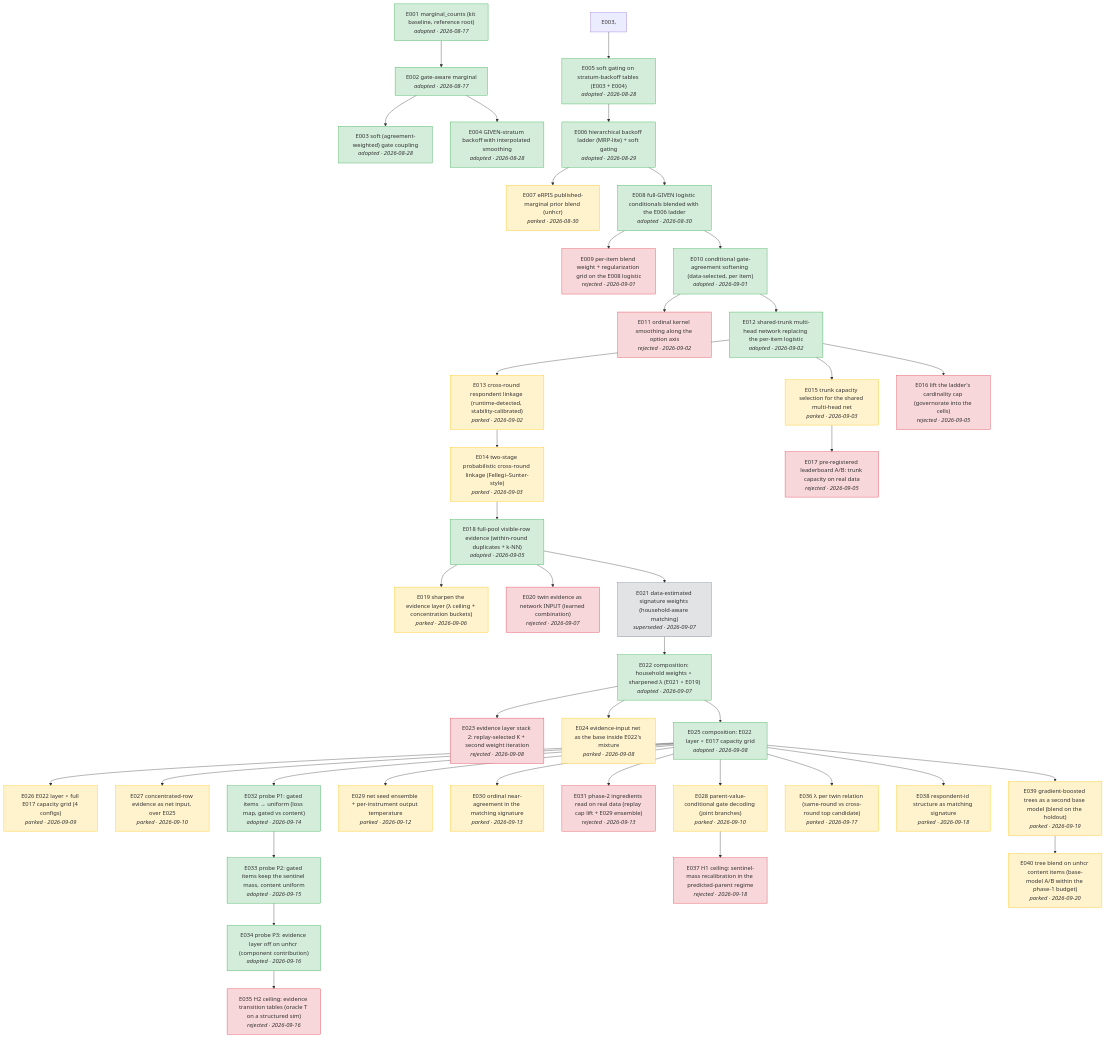
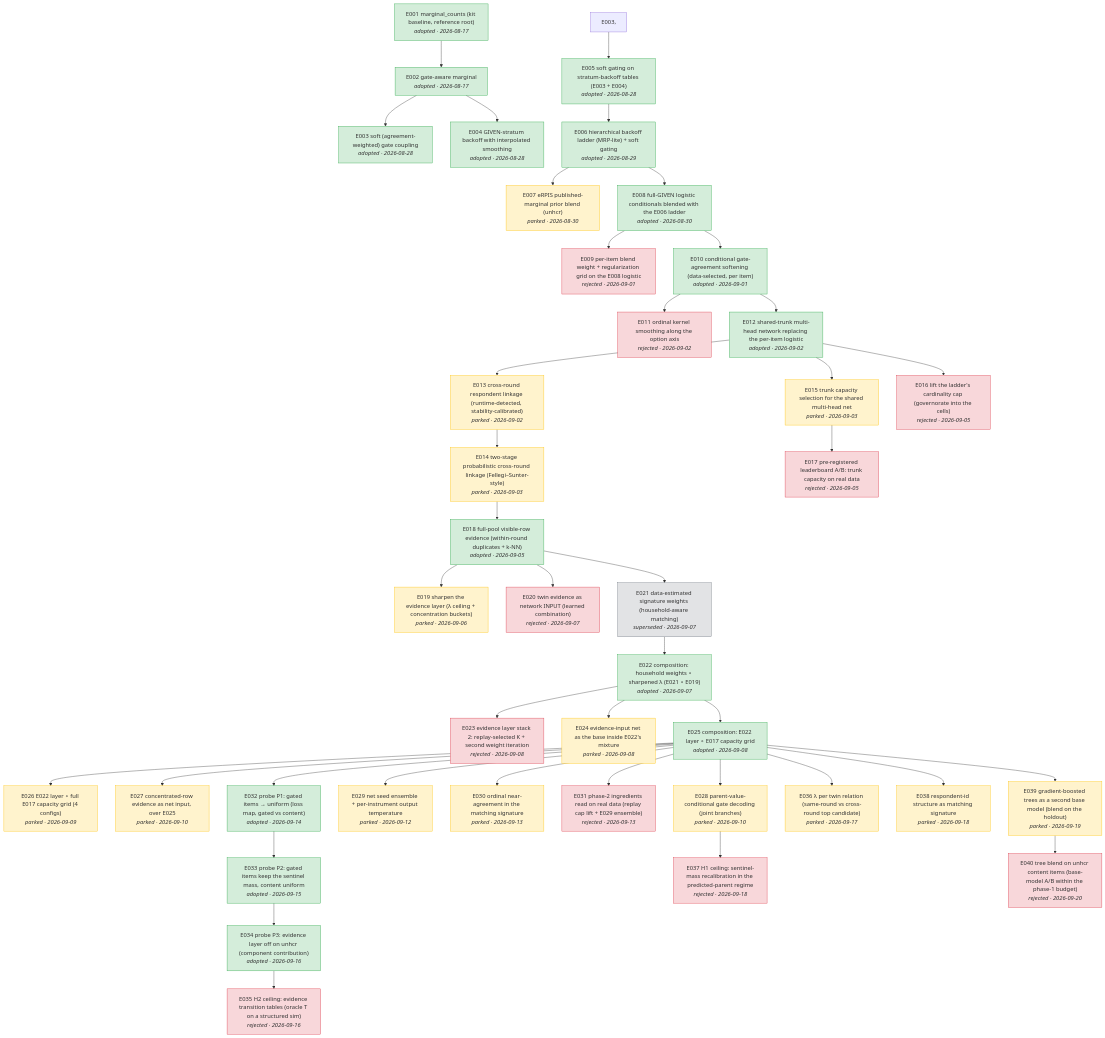
One commit to joon56/Simulacrabench-NeurIPS-2026- changed the diagram in docs/tree.md. Above: the diagram before and after it, drawn with Mermaid. The commit also changed 4 other files, not shown here.

Commit message:
E040: flat at 0.63 — base-model axis closed on real data; phase-1 search exhausted, status.md rewritten as handoff

````diff
--- a/docs/tree.md
+++ b/docs/tree.md
@@ -81,14 +81,14 @@
     E025 --> E038
     E039["E039 gradient-boosted trees as a second base model (blend on the holdout)<br/><i>parked · 2026-09-19</i>"]
     E025 --> E039
-    E040["E040 tree blend on unhcr content items (base-model A/B within the phase-1 budget)<br/><i>parked · 2026-09-20</i>"]
+    E040["E040 tree blend on unhcr content items (base-model A/B within the phase-1 budget)<br/><i>rejected · 2026-09-20</i>"]
     E039 --> E040
     classDef adopted fill:#d4edda,stroke:#28a745
     class E001,E002,E003,E004,E005,E006,E008,E010,E012,E018,E022,E025,E032,E033,E034 adopted
     classDef rejected fill:#f8d7da,stroke:#dc3545
-    class E009,E011,E016,E017,E020,E023,E031,E035,E037 rejected
+    class E009,E011,E016,E017,E020,E023,E031,E035,E037,E040 rejected
     classDef parked fill:#fff3cd,stroke:#ffc107
-    class E007,E013,E014,E015,E019,E024,E026,E027,E028,E029,E030,E036,E038,E039,E040 parked
+    class E007,E013,E014,E015,E019,E024,E026,E027,E028,E029,E030,E036,E038,E039 parked
     classDef superseded fill:#e2e3e5,stroke:#6c757d
     class E021 superseded
 ```
````
